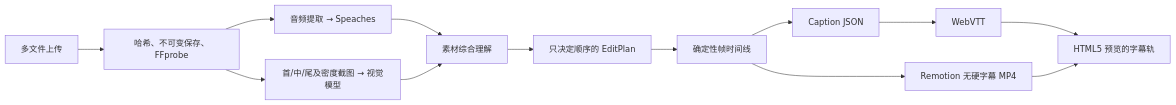
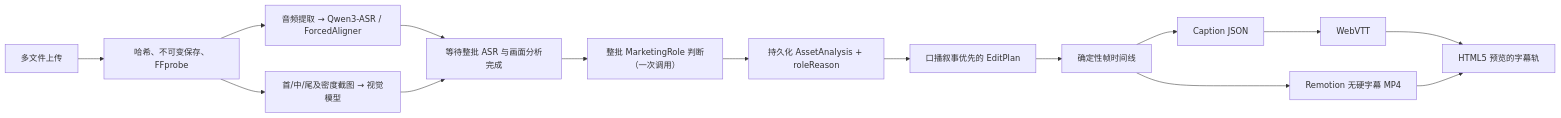
The diagram in docs/auto-video-orchestrator.md (www-527/washcut-agent-demo), drawn with Mermaid before and after one commit. The commit also changed other lines of this file and 85 other files, not shown here.

```diff
--- a/docs/auto-video-orchestrator.md
+++ b/docs/auto-video-orchestrator.md
@@ -15,15 +15,17 @@
 ~~~mermaid
 flowchart LR
   A["多文件上传"] --> B["哈希、不可变保存、FFprobe"]
-  B --> C["音频提取 → Speaches"]
+  B --> C["音频提取 → Qwen3-ASR / ForcedAligner"]
   B --> D["首/中/尾及密度截图 → 视觉模型"]
-  C --> E["素材综合理解"]
+  C --> E["等待整批 ASR 与画面分析完成"]
   D --> E
-  E --> F["只决定顺序的 EditPlan"]
+  E --> R["整批 MarketingRole 判断（一次调用）"]
+  R --> U["持久化 AssetAnalysis + roleReason"]
+  U --> F["口播叙事优先的 EditPlan"]
   F --> G["确定性帧时间线"]
   G --> H["Caption JSON"]
   H --> I["WebVTT"]
   G --> J["Remotion 无硬字幕 MP4"]
   I --> K["HTML5 预览的字幕轨"]
   J --> K
 ~~~
```
